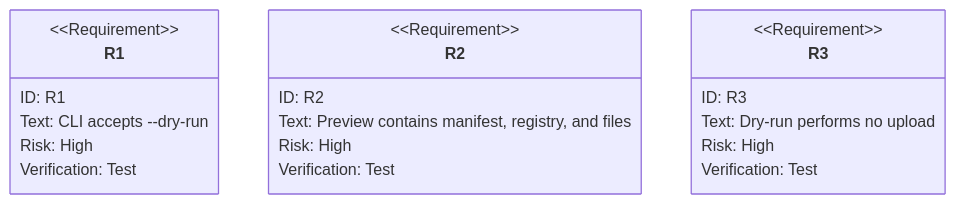
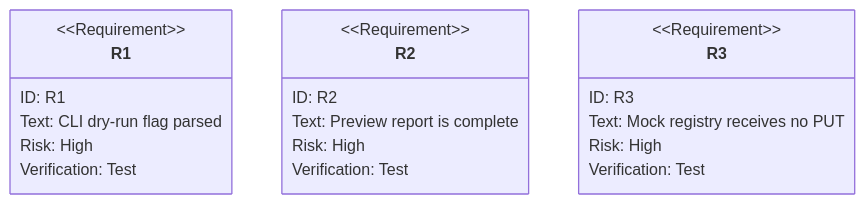
One commit to chrischeng-c4/axiom changed the second of 2 diagrams in .aw/tech-design/projects/jet/logic/jet-publish-no-dry-run-option-to-preview-a-publish-without-actua.md. Above: the diagram before and after it, drawn with Mermaid. The commit also changed other lines of this file, not shown here.

Commit message:
td(803) — contract section: unit-test
Lifecycle-Slug: 803
Work-Item: 803
Lifecycle-Stage: Td-Section
Lifecycle-Phase: td_contract_in_progress
Lifecycle-Pass: contract
TD-Section: unit-test
Previous-Phase: td_contract_in_progress
Next-Phase: td_contract_in_progress
Next-Command: aw td create

````diff
--- a/.aw/tech-design/projects/jet/logic/jet-publish-no-dry-run-option-to-preview-a-publish-without-actua.md
+++ b/.aw/tech-design/projects/jet/logic/jet-publish-no-dry-run-option-to-preview-a-publish-without-actua.md
@@ -52,37 +52,37 @@
 ```mermaid
 ---
-id: jet-publish-dry-run-tests
+id: jet-publish-dry-run-contract-tests
 requirements:
   R1:
-    text: "publish command accepts --dry-run with existing --tag, --access, and --build flags."
+    text: "Command parser exposes publish --dry-run and it composes with --tag and --access."
     risk: high
     verify: unit
   R2:
-    text: "Publisher dry-run returns transformed package.json, target registry/tag/access, tarball file name, and tarball entry list."
+    text: "Dry-run preview includes package name/version, registry URL, tag, access, tarball file name, tarball byte length, entries, and transformed package.json."
     risk: high
     verify: unit
   R3:
-    text: "Dry-run does not execute the registry PUT upload path."
+    text: "Dry-run against the mock registry leaves the mock publish store empty."
     risk: high
     verify: unit
 ---
 requirementDiagram
 requirement R1 {
   id: R1
-  text: "CLI accepts --dry-run"
+  text: "CLI dry-run flag parsed"
   risk: High
   verifymethod: Test
 }
 requirement R2 {
   id: R2
-  text: "Preview contains manifest, registry, and files"
+  text: "Preview report is complete"
   risk: High
   verifymethod: Test
 }
 requirement R3 {
   id: R3
-  text: "Dry-run performs no upload"
+  text: "Mock registry receives no PUT"
   risk: High
   verifymethod: Test
 }
 ```
````
